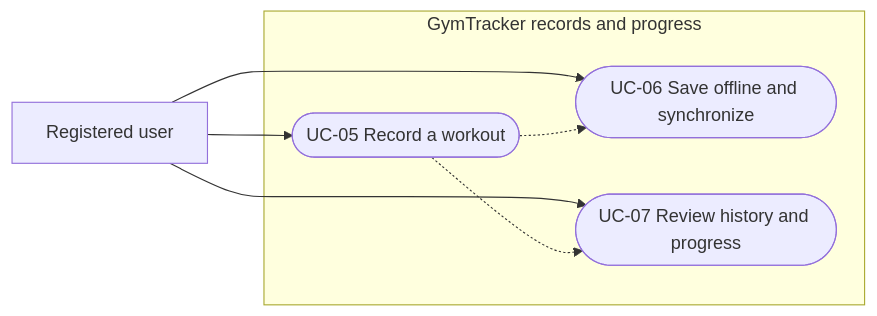
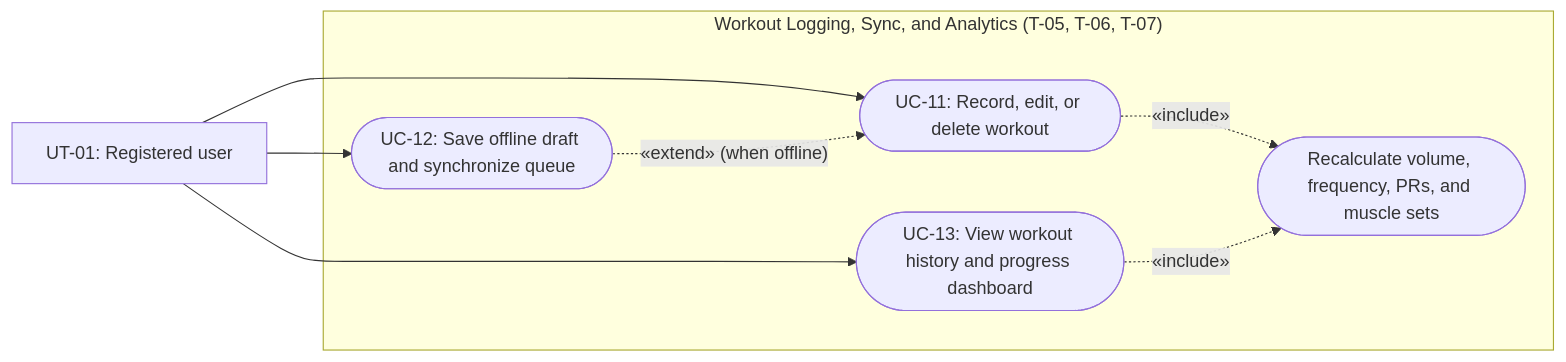
One commit to kececi24/GymTracker changed the fourth of 7 diagrams in docs/Requirements_Specification.md. Above: the diagram before and after it, drawn with Mermaid. The commit also changed other lines of this file, not shown here.

````diff
--- a/docs/Requirements_Specification.md
+++ b/docs/Requirements_Specification.md
@@ -296,14 +515,19 @@
 ```mermaid
 flowchart LR
-    User["Registered user"]
-    subgraph Records["GymTracker records and progress"]
-        U5(["UC-05 Record a workout"])
-        U6(["UC-06 Save offline and synchronize"])
-        U7(["UC-07 Review history and progress"])
+    UT01["UT-01: Registered user"]
+
+    subgraph Boundary3["Workout Logging, Sync, and Analytics (T-05, T-06, T-07)"]
+        UC11(["UC-11: Record, edit, or delete workout"])
+        UC12(["UC-12: Save offline draft and synchronize queue"])
+        UC13(["UC-13: View workout history and progress dashboard"])
+        Recalc(["Recalculate volume, frequency, PRs, and muscle sets"])
     end
-    User --> U5
-    User --> U6
-    User --> U7
-    U5 -.-> U6
-    U5 -.-> U7
+
+    UT01 --> UC11
+    UT01 --> UC12
+    UT01 --> UC13
+
+    UC12 -.->|"«extend» (when offline)"| UC11
+    UC11 -.->|"«include»"| Recalc
+    UC13 -.->|"«include»"| Recalc
 ```
````
